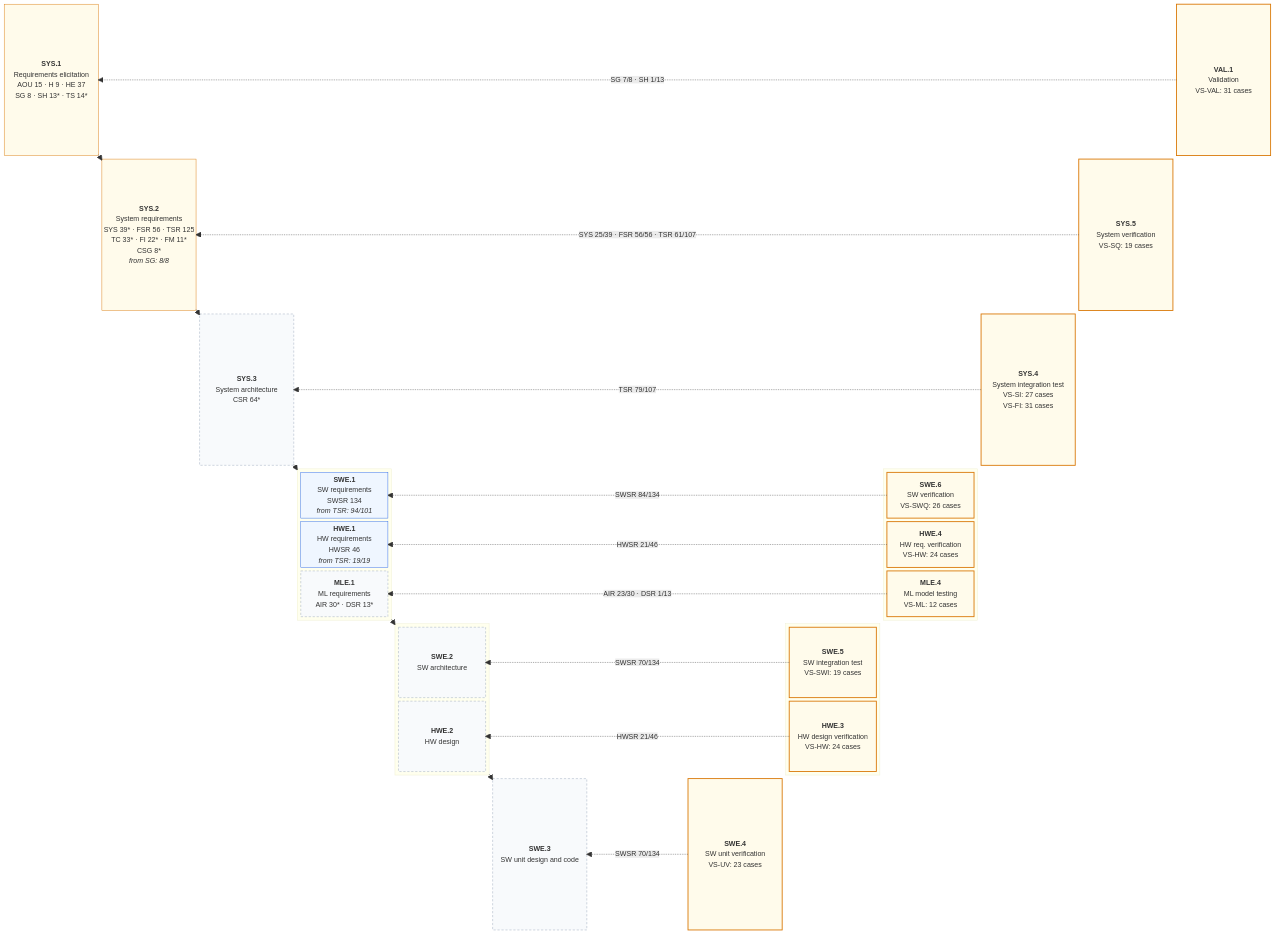
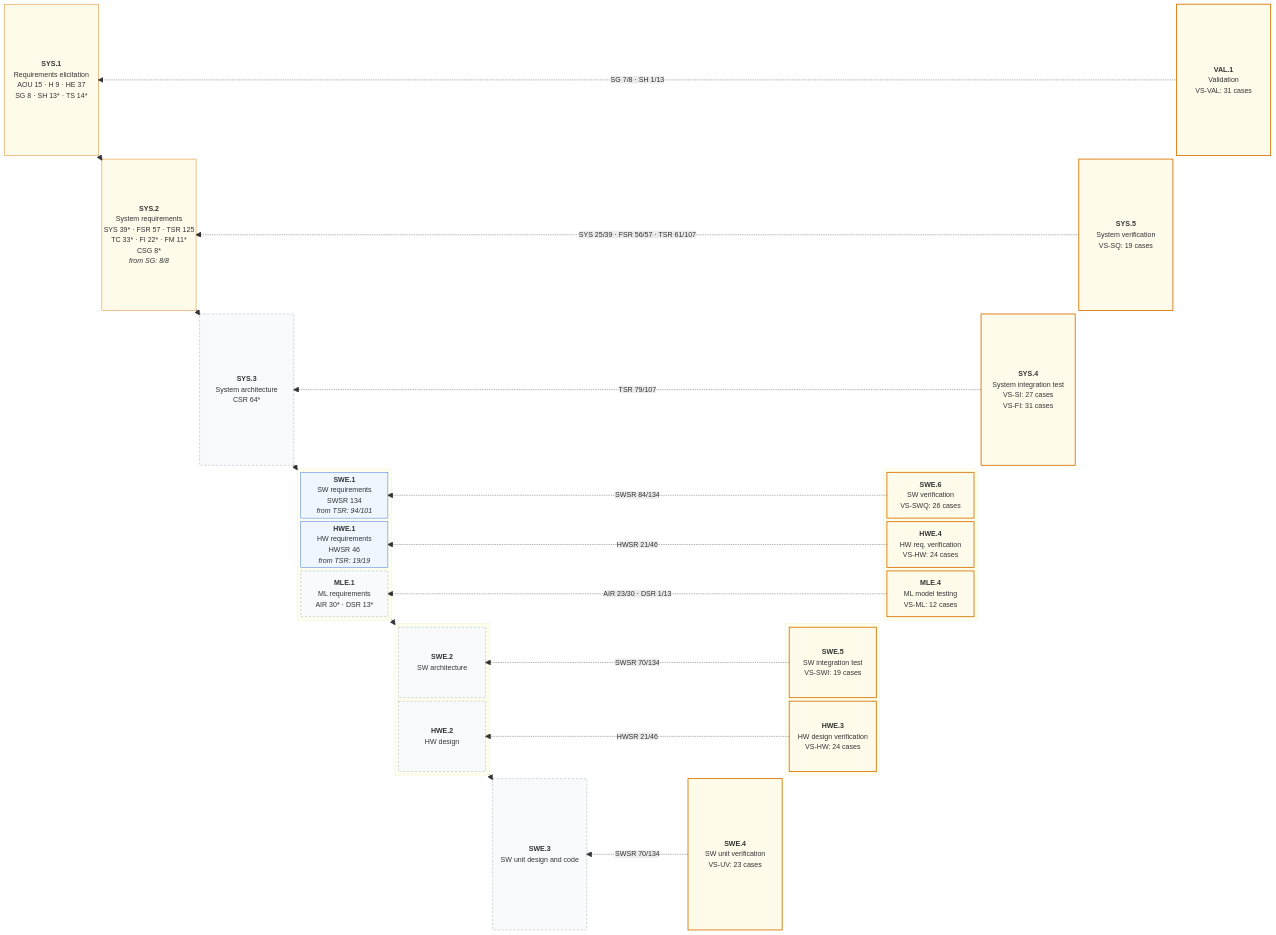
One commit to jherrodthomas/LionDriver changed the first of 2 diagrams in assurance/trace/maps/aspice-trace-map.md. Above: the diagram before and after it, drawn with Mermaid. The commit also changed other lines of this file and 36 other files, not shown here.

```diff
--- a/assurance/trace/maps/aspice-trace-map.md
+++ b/assurance/trace/maps/aspice-trace-map.md
@@ -36,7 +36,7 @@
   space
   VAL1["<b>VAL.1</b><br/>Validation<br/>VS-VAL: 31 cases"]
   space
-  SYS2["<b>SYS.2</b><br/>System requirements<br/>SYS 39* · FSR 56 · TSR 125<br/>TC 33* · FI 22* · FM 11*<br/>CSG 8*<br/><i>from SG: 8/8</i>"]
+  SYS2["<b>SYS.2</b><br/>System requirements<br/>SYS 39* · FSR 57 · TSR 125<br/>TC 33* · FI 22* · FM 11*<br/>CSG 8*<br/><i>from SG: 8/8</i>"]
   space
   space
   space
@@ -124,7 +124,7 @@
   L3 --> L4
   L4 --> SWE3
   VAL1 -. "SG 7/8 · SH 1/13" .-> SYS1
-  SYS5 -. "SYS 25/39 · FSR 56/56 · TSR 61/107" .-> SYS2
+  SYS5 -. "SYS 25/39 · FSR 56/57 · TSR 61/107" .-> SYS2
   SYS4 -. "TSR 79/107" .-> SYS3
   SWE6 -. "SWSR 84/134" .-> SWE1
   HWE4 -. "HWSR 21/46" .-> HWE1
```
